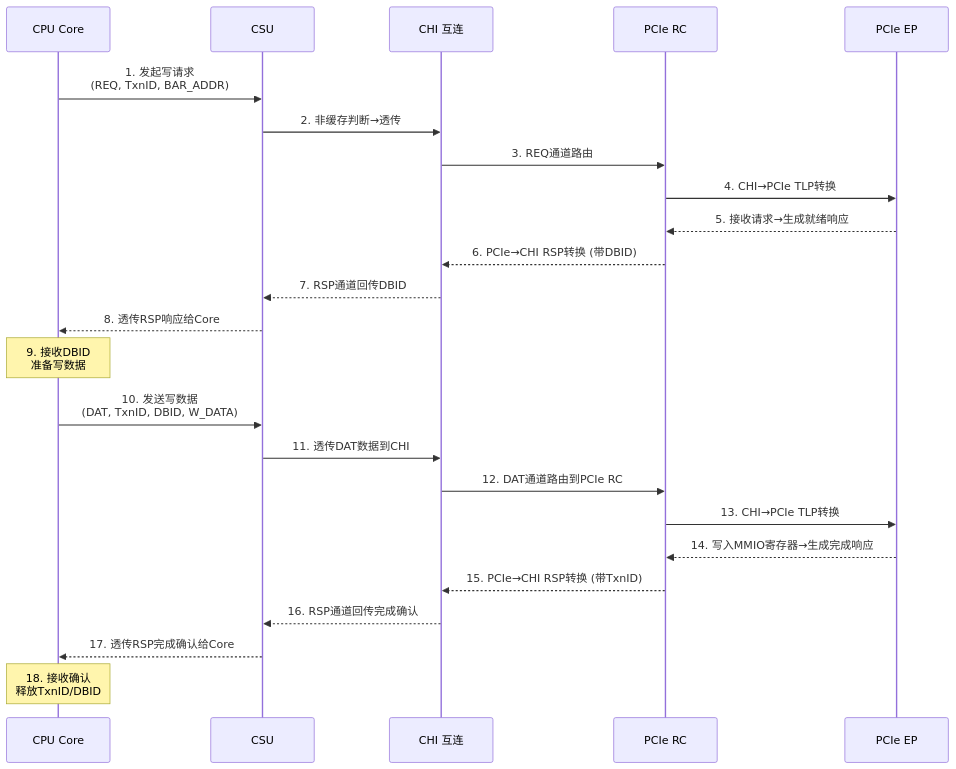
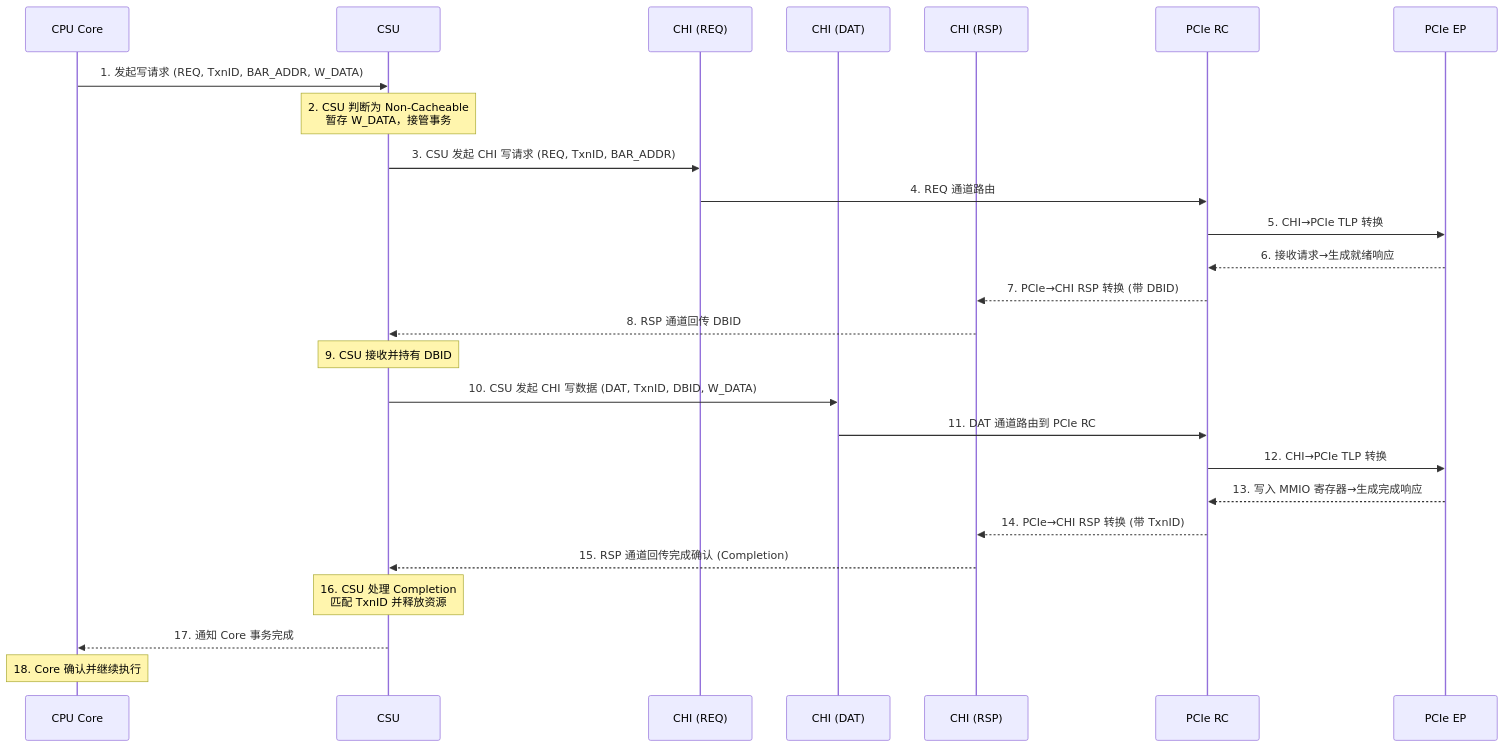
The diagram in source/_posts/arm64-cache和总线总结.md (joyxu/joyxu.github.com), drawn with Mermaid before and after one commit. The commit also changed other lines of this file, not shown here.

Commit message:
add mermaid

````diff
--- a/source/_posts/arm64-cache和总线总结.md
+++ b/source/_posts/arm64-cache和总线总结.md
@@ -28,30 +28,32 @@
 ```mermaid
 sequenceDiagram
 	participant Core as CPU Core
 	participant CSU as CSU
-	participant CHI as CHI 互连
+	participant CHI_REQ as CHI (REQ)
+	participant CHI_DAT as CHI (DAT)
+	participant CHI_RSP as CHI (RSP)
 	participant RC as PCIe RC
 	participant EP as PCIe EP
 
-	%% 第一阶段：发起写请求并等待就绪
-	Core->>CSU: 1. 发起写请求<br/>(REQ, TxnID, BAR_ADDR)
-	CSU->>CHI: 2. 非缓存判断→透传
-	CHI->>RC: 3. REQ通道路由
-	RC->>EP: 4. CHI→PCIe TLP转换
-	EP-->>RC: 5. 接收请求→生成就绪响应
-	RC-->>CHI: 6. PCIe→CHI RSP转换 (带DBID)
-	CHI-->>CSU: 7. RSP通道回传DBID
-	CSU-->>Core: 8. 透传RSP响应给Core
-	Note over Core: 9. 接收DBID<br/>准备写数据
+	%% 第一阶段：Core 发起写请求，CSU 代为管理
+	Core->>CSU: 1. 发起写请求 (REQ, TxnID, BAR_ADDR, W_DATA)
+	Note over CSU: 2. CSU 判断为 Non-Cacheable<br/>暂存 W_DATA，接管事务
+	CSU->>CHI_REQ: 3. CSU 发起 CHI 写请求 (REQ, TxnID, BAR_ADDR)
+	CHI_REQ->>RC: 4. REQ 通道路由
+	RC->>EP: 5. CHI→PCIe TLP 转换
+	EP-->>RC: 6. 接收请求→生成就绪响应
+	RC-->>CHI_RSP: 7. PCIe→CHI RSP 转换 (带 DBID)
+	CHI_RSP-->>CSU: 8. RSP 通道回传 DBID
+	Note over CSU: 9. CSU 接收并持有 DBID
 
-	%% 第二阶段：发送写数据并确认完成
-	Core->>CSU: 10. 发送写数据<br/>(DAT, TxnID, DBID, W_DATA)
-	CSU->>CHI: 11. 透传DAT数据到CHI
-	CHI->>RC: 12. DAT通道路由到PCIe RC
-	RC->>EP: 13. CHI→PCIe TLP转换
-	EP-->>RC: 14. 写入MMIO寄存器→生成完成响应
-	RC-->>CHI: 15. PCIe→CHI RSP转换 (带TxnID)
-	CHI-->>CSU: 16. RSP通道回传完成确认
-	CSU-->>Core: 17. 透传RSP完成确认给Core
-	Note over Core: 18. 接收确认<br/>释放TxnID/DBID
+	%% 第二阶段：CSU 作为发起者，通过 DAT 通道完成写入
+	CSU->>CHI_DAT: 10. CSU 发起 CHI 写数据 (DAT, TxnID, DBID, W_DATA)
+	CHI_DAT->>RC: 11. DAT 通道路由到 PCIe RC
+	RC->>EP: 12. CHI→PCIe TLP 转换
+	EP-->>RC: 13. 写入 MMIO 寄存器→生成完成响应
+	RC-->>CHI_RSP: 14. PCIe→CHI RSP 转换 (带 TxnID)
+	CHI_RSP-->>CSU: 15. RSP 通道回传完成确认 (Completion)
+	Note over CSU: 16. CSU 处理 Completion<br/>匹配 TxnID 并释放资源
+	CSU-->>Core: 17. 通知 Core 事务完成
+	Note over Core: 18. Core 确认并继续执行
 ```
````
